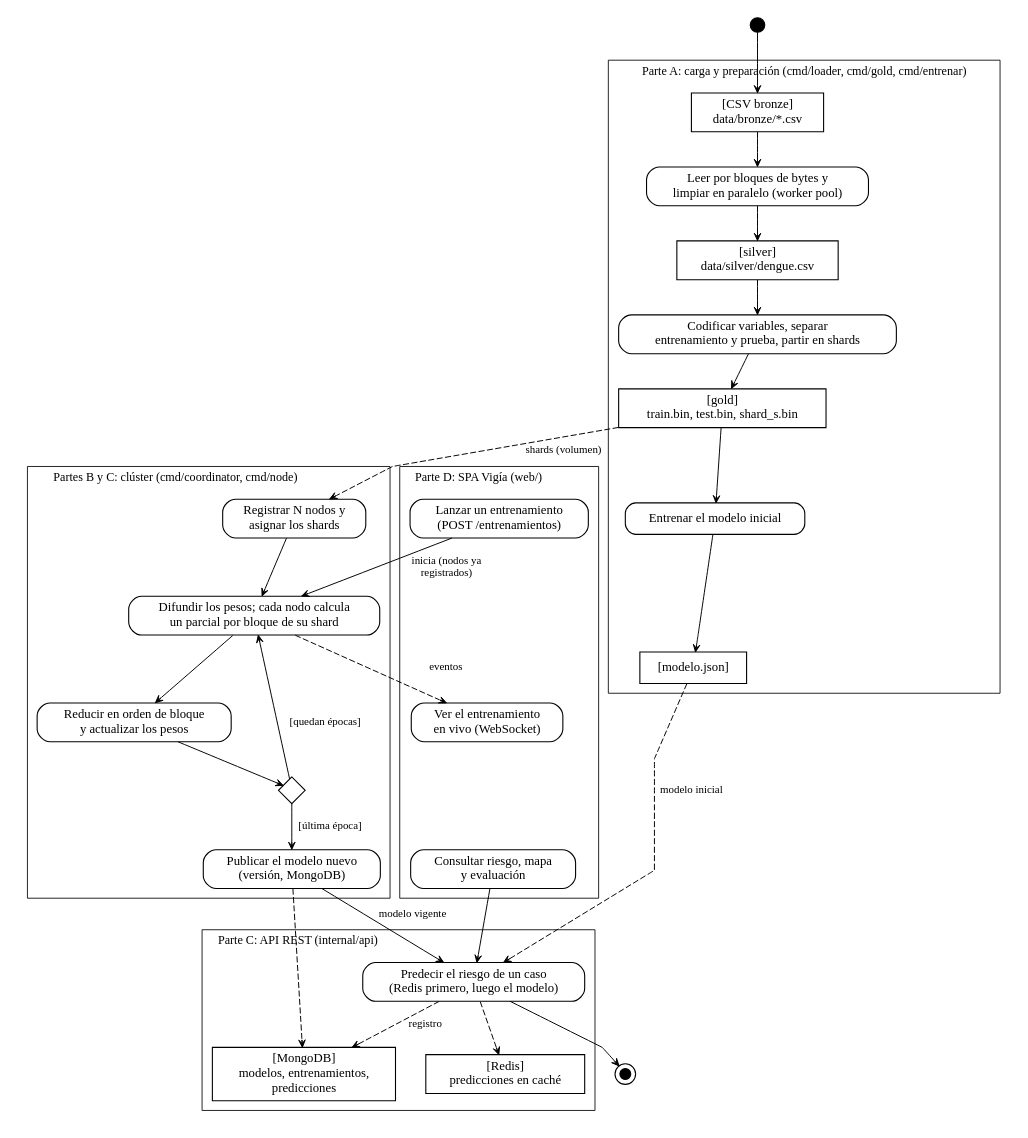
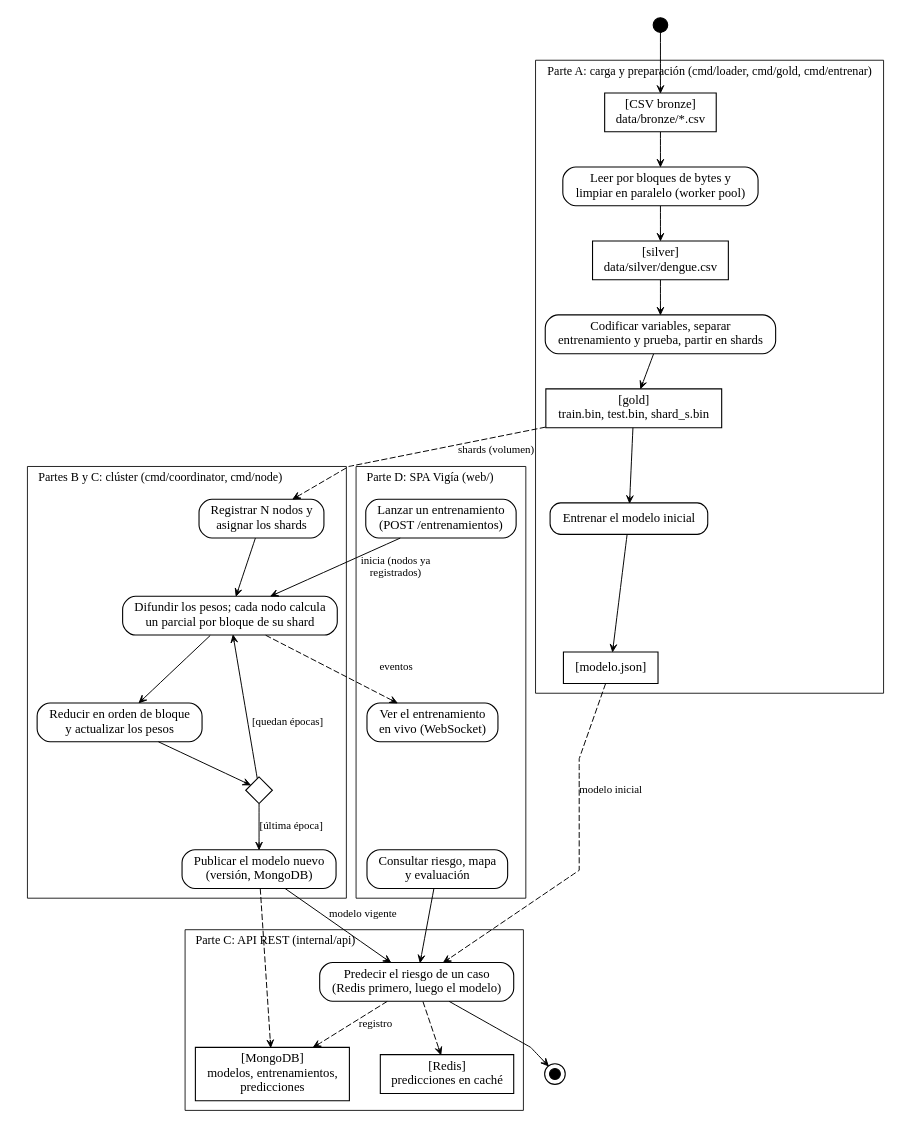
One commit to JorgeGarcia005/cc65-tf-dengue changed the diagram in docs/informe/tb2/diagramas/flujo_datos.dot. Above: the diagram before and after it, drawn with Graphviz. The commit also changed 6 other files, not shown here.

First line of the commit message:
fix(informe): diagramas UML con el texto como trazos (svg:cairo, Liberation Serif) (#99)

```diff
--- a/docs/informe/tb2/diagramas/flujo_datos.dot
+++ b/docs/informe/tb2/diagramas/flujo_datos.dot
@@ -1,62 +1,62 @@
 // Diagrama de actividades (UML 2.5) del flujo de datos de punta a punta.
 // Fuente de docs/informe/tb2/fig/flujo_datos.svg: make figuras.
 // Acciones: rectángulos redondeados; objetos (archivos, colecciones): rectángulos.
 digraph flujo_datos {
-  graph [rankdir=TB, fontname="Times New Roman", fontsize=11, nodesep=0.35, ranksep=0.38,
+  graph [rankdir=TB, fontname="Liberation Serif", fontsize=11, nodesep=0.35, ranksep=0.38,
          splines=polyline, pad=0.1, newrank=true]
-  node  [fontname="Times New Roman", fontsize=10.5, penwidth=0.9, margin="0.12,0.05", height=0.36]
-  edge  [fontname="Times New Roman", fontsize=9, penwidth=0.8, arrowsize=0.6, arrowhead=vee]
+  node  [fontname="Liberation Serif", fontsize=10.5, penwidth=0.9, margin="0.12,0.05", height=0.36]
+  edge  [fontname="Liberation Serif", fontsize=9, penwidth=0.8, arrowsize=0.6, arrowhead=vee]
 
   inicio [shape=circle, style=filled, fillcolor=black, label="", width=0.16, height=0.16, fixedsize=true]
   fin    [shape=doublecircle, style=filled, fillcolor=black, label="", width=0.12, height=0.12, fixedsize=true]
 
   subgraph cluster_a {
     label="Parte A: carga y preparación (cmd/loader, cmd/gold, cmd/entrenar)"; labeljust=l; fontsize=10; penwidth=0.7
     bronze  [shape=box, label="[CSV bronze]\ndata/bronze/*.csv"]
     limpiar [shape=box, style=rounded, label="Leer por bloques de bytes y\nlimpiar en paralelo (worker pool)"]
     silver  [shape=box, label="[silver]\ndata/silver/dengue.csv"]
     codif   [shape=box, style=rounded, label="Codificar variables, separar\nentrenamiento y prueba, partir en shards"]
     gold    [shape=box, label="[gold]\ntrain.bin, test.bin, shard_s.bin"]
     inicial [shape=box, style=rounded, label="Entrenar el modelo inicial"]
     modelo  [shape=box, label="[modelo.json]"]
     bronze -> limpiar -> silver -> codif -> gold -> inicial -> modelo
   }
 
   subgraph cluster_bc {
     label="Partes B y C: clúster (cmd/coordinator, cmd/node)"; labeljust=l; fontsize=10; penwidth=0.7
     registrar [shape=box, style=rounded, label="Registrar N nodos y\nasignar los shards"]
     epoca     [shape=box, style=rounded, label="Difundir los pesos; cada nodo calcula\nun parcial por bloque de su shard"]
     reducir   [shape=box, style=rounded, label="Reducir en orden de bloque\ny actualizar los pesos"]
     decision  [shape=diamond, label="", width=0.3, height=0.3, fixedsize=true]
     publicar  [shape=box, style=rounded, label="Publicar el modelo nuevo\n(versión, MongoDB)"]
     registrar -> epoca -> reducir -> decision
     decision -> epoca [label=" [quedan épocas]"]
     decision -> publicar [label=" [última época]"]
   }
 
   subgraph cluster_c {
     label="Parte C: API REST (internal/api)"; labeljust=l; fontsize=10; penwidth=0.7
     predecir [shape=box, style=rounded, label="Predecir el riesgo de un caso\n(Redis primero, luego el modelo)"]
     mongo    [shape=box, label="[MongoDB]\nmodelos, entrenamientos,\npredicciones"]
     redis    [shape=box, label="[Redis]\npredicciones en caché"]
   }
 
   subgraph cluster_d {
     label="Parte D: SPA Vigía (web/)"; labeljust=l; fontsize=10; penwidth=0.7
     consultar [shape=box, style=rounded, label="Consultar riesgo, mapa\ny evaluación"]
     lanzar    [shape=box, style=rounded, label="Lanzar un entrenamiento\n(POST /entrenamientos)"]
     vivo      [shape=box, style=rounded, label="Ver el entrenamiento\nen vivo (WebSocket)"]
   }
 
   inicio -> bronze
   gold -> registrar [style=dashed, label=" shards (volumen)"]
   modelo -> predecir [style=dashed, label=" modelo inicial"]
   lanzar -> epoca [label=" inicia (nodos ya\n registrados)"]
   epoca -> vivo [style=dashed, label=" eventos"]
   publicar -> predecir [label=" modelo vigente"]
   publicar -> mongo [style=dashed]
   consultar -> predecir
   predecir -> redis [style=dashed]
   predecir -> mongo [style=dashed, label=" registro"]
   predecir -> fin
 }
```
